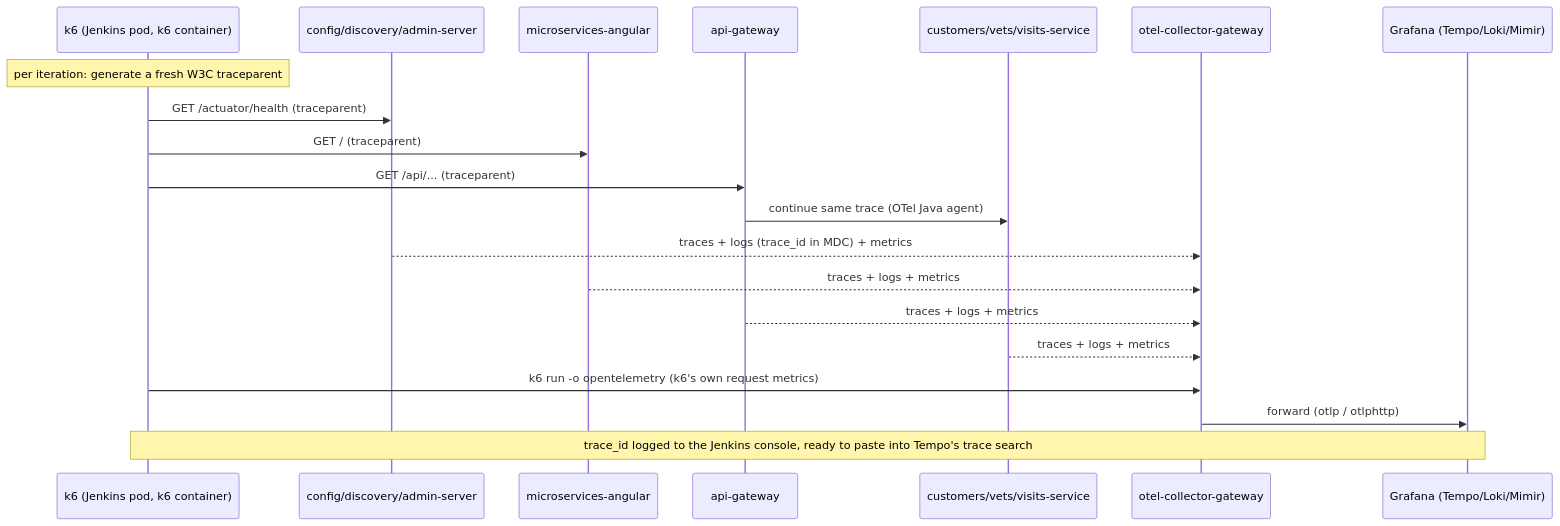
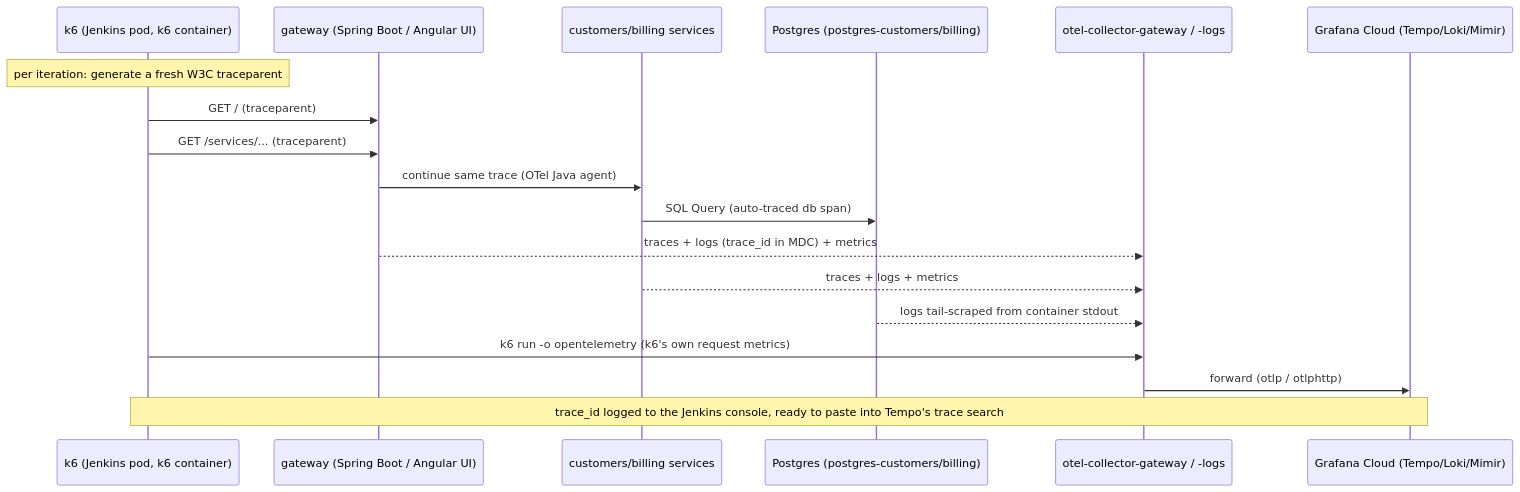
Before and after one commit to nubenetes/jenkins-2026: the fifth of 5 diagrams in README.md, drawn with Mermaid. The commit also changed other lines of this file, not shown here.

Commit message:
docs: update k6 observability smoke test diagram in README

````diff
--- a/README.md
+++ b/README.md
@@ -595,23 +595,21 @@
 ```mermaid
 sequenceDiagram
     participant K6 as k6 (Jenkins pod, k6 container)
-    participant Infra as config/discovery/admin-server
-    participant UI as microservices-angular
-    participant GW as api-gateway
-    participant SVC as customers/vets/visits-service
-    participant OTel as otel-collector-gateway
-    participant Grafana as Grafana (Tempo/Loki/Mimir)
+    participant GW as gateway (Spring Boot / Angular UI)
+    participant SVC as customers/billing services
+    participant DB as Postgres (postgres-customers/billing)
+    participant OTel as otel-collector-gateway / -logs
+    participant Grafana as Grafana Cloud (Tempo/Loki/Mimir)
 
     Note over K6: per iteration: generate a fresh W3C traceparent
-    K6->>Infra: GET /actuator/health (traceparent)
-    K6->>UI: GET / (traceparent)
-    K6->>GW: GET /api/... (traceparent)
+    K6->>GW: GET / (traceparent)
+    K6->>GW: GET /services/... (traceparent)
     GW->>SVC: continue same trace (OTel Java agent)
-    Infra-->>OTel: traces + logs (trace_id in MDC) + metrics
-    UI-->>OTel: traces + logs + metrics
-    GW-->>OTel: traces + logs + metrics
+    SVC->>DB: SQL Query (auto-traced db span)
+    GW-->>OTel: traces + logs (trace_id in MDC) + metrics
     SVC-->>OTel: traces + logs + metrics
+    DB-->>OTel: logs tail-scraped from container stdout
     K6->>OTel: k6 run -o opentelemetry (k6's own request metrics)
     OTel->>Grafana: forward (otlp / otlphttp)
     Note over K6,Grafana: trace_id logged to the Jenkins console, ready to paste into Tempo's trace search
 ```
````
